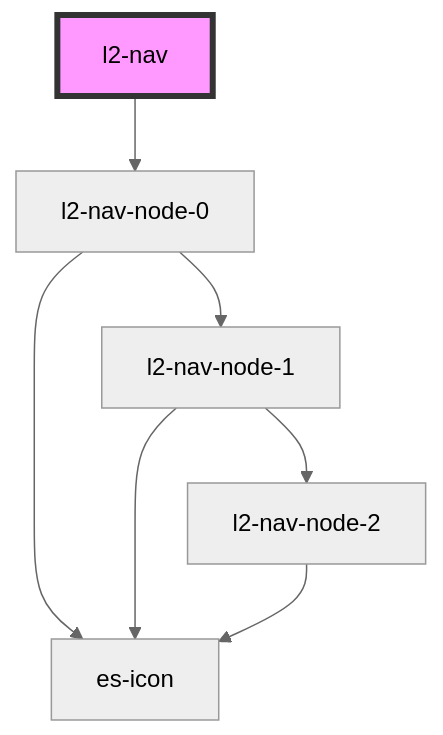
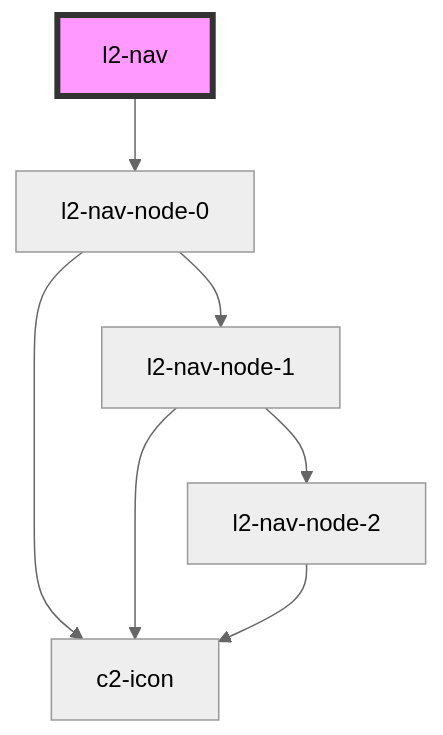
One commit to EventStore/Design-System changed the diagram in packages/layout/src/components/nav/readme.md. Above: the diagram before and after it, drawn with Mermaid (neutral theme). The commit also changed 512 other files, not shown here.

````diff
--- a/packages/layout/src/components/nav/readme.md
+++ b/packages/layout/src/components/nav/readme.md
@@ -221,10 +221,10 @@
 ```mermaid
 graph TD;
   l2-nav --> l2-nav-node-0
   l2-nav-node-0 --> l2-nav-node-1
-  l2-nav-node-0 --> es-icon
+  l2-nav-node-0 --> c2-icon
   l2-nav-node-1 --> l2-nav-node-2
-  l2-nav-node-1 --> es-icon
-  l2-nav-node-2 --> es-icon
+  l2-nav-node-1 --> c2-icon
+  l2-nav-node-2 --> c2-icon
   style l2-nav fill:#f9f,stroke:#333,stroke-width:4px
 ```
````
